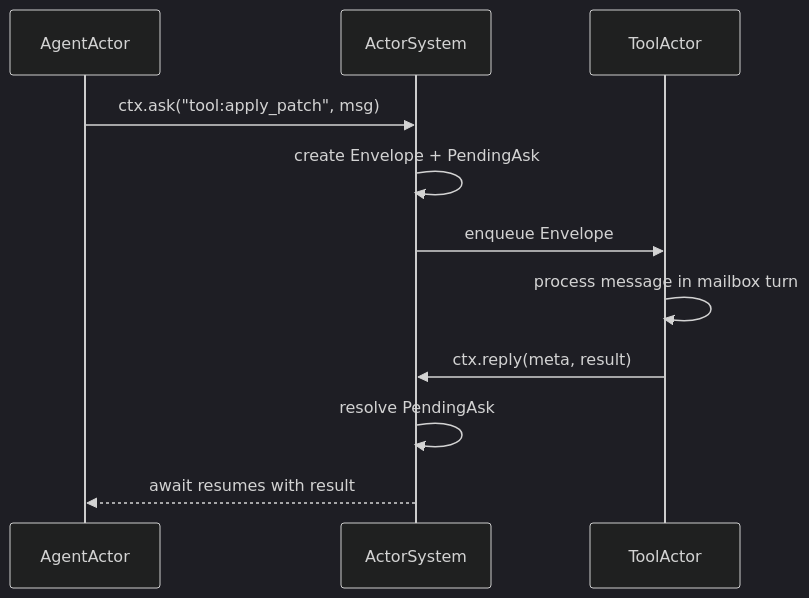
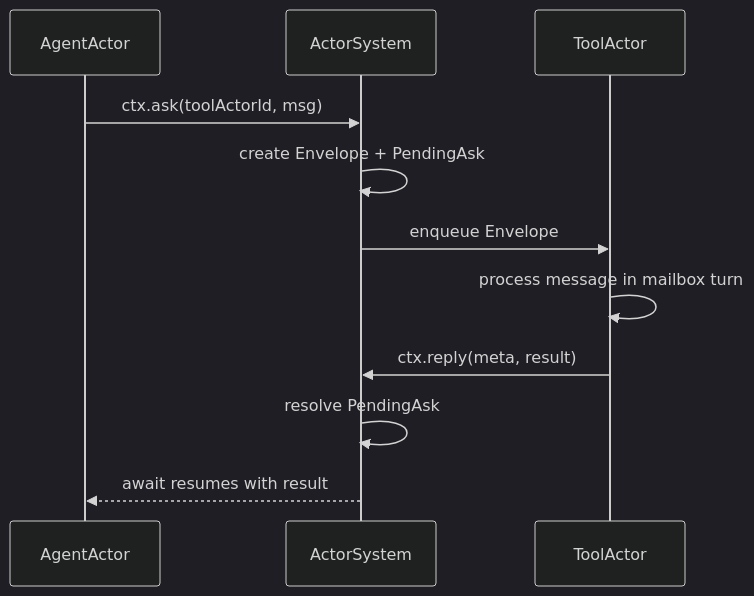
One commit to biuld/piko changed the first of 3 diagrams in packages/orchestrator/docs/actor-kernel.md. Above: the diagram before and after it, drawn with Mermaid (dark theme). The commit also changed other lines of this file and 24 other files, not shown here.

````diff
--- a/packages/orchestrator/docs/actor-kernel.md
+++ b/packages/orchestrator/docs/actor-kernel.md
@@ -78,14 +77,14 @@
 ```mermaid
 sequenceDiagram
   participant Agent as AgentActor
   participant Kernel as ActorSystem
   participant Tool as ToolActor
 
-  Agent->>Kernel: ctx.ask("tool:apply_patch", msg)
+  Agent->>Kernel: ctx.ask(toolActorId, msg)
   Kernel->>Kernel: create Envelope + PendingAsk
   Kernel->>Tool: enqueue Envelope
   Tool->>Tool: process message in mailbox turn
   Tool->>Kernel: ctx.reply(meta, result)
   Kernel->>Kernel: resolve PendingAsk
   Kernel-->>Agent: await resumes with result
 ```
````
